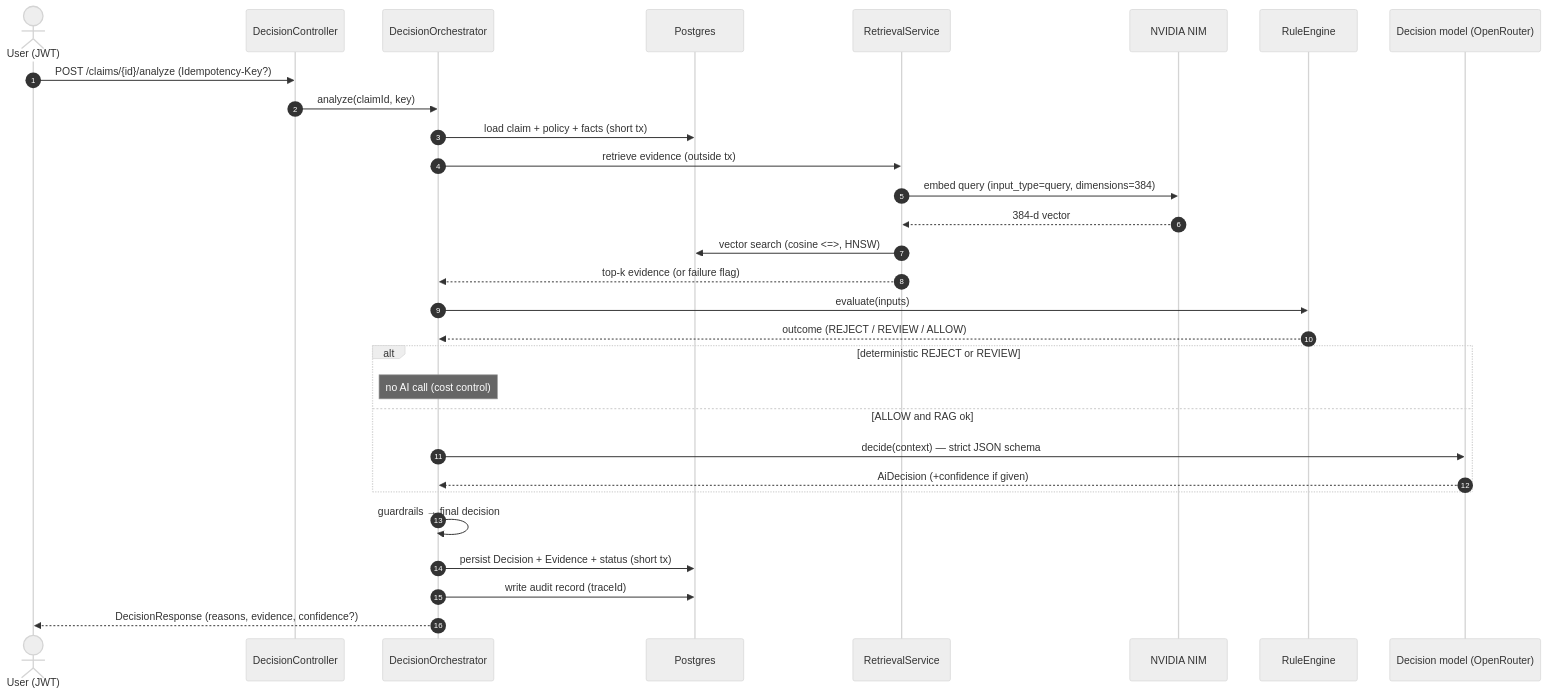
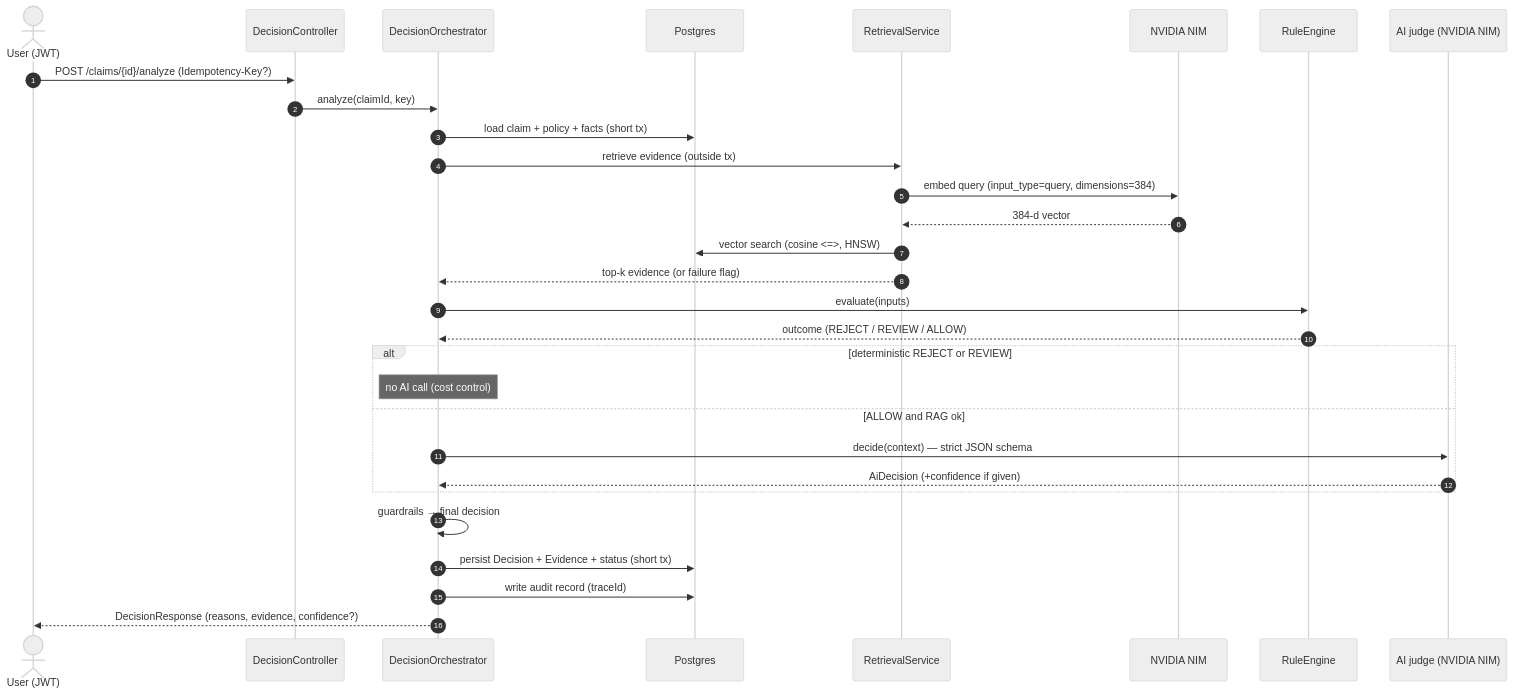
One commit to arshdeep3010/health-claim-decision-agent changed the fourth of 14 diagrams in PROJECT.md. Above: the diagram before and after it, drawn with Mermaid (neutral theme). The commit also changed other lines of this file and 2 other files, not shown here.

Commit message:
Docs: AI judge is Nemotron 3.5 Bolt on NVIDIA NIM; decision model kept as an optional engine

````diff
--- a/PROJECT.md
+++ b/PROJECT.md
@@ -276,33 +260,33 @@
 ```mermaid
 sequenceDiagram
   autonumber
   actor U as User (JWT)
   participant C as DecisionController
   participant O as DecisionOrchestrator
   participant DB as Postgres
   participant R as RetrievalService
   participant N as NVIDIA NIM
   participant RE as RuleEngine
-  participant AI as Decision model (OpenRouter)
+  participant AI as AI judge (NVIDIA NIM)
 
   U->>C: POST /claims/{id}/analyze (Idempotency-Key?)
   C->>O: analyze(claimId, key)
   O->>DB: load claim + policy + facts  (short tx)
   O->>R: retrieve evidence (outside tx)
   R->>N: embed query (input_type=query, dimensions=384)
   N-->>R: 384-d vector
   R->>DB: vector search (cosine <=>, HNSW)
   R-->>O: top-k evidence (or failure flag)
   O->>RE: evaluate(inputs)
   RE-->>O: outcome (REJECT / REVIEW / ALLOW)
   alt deterministic REJECT or REVIEW
     Note over O: no AI call (cost control)
   else ALLOW and RAG ok
     O->>AI: decide(context) — strict JSON schema
     AI-->>O: AiDecision (+confidence if given)
   end
   O->>O: guardrails → final decision
   O->>DB: persist Decision + Evidence + status (short tx)
   O->>DB: write audit record (traceId)
   O-->>U: DecisionResponse (reasons, evidence, confidence?)
 ```
````
